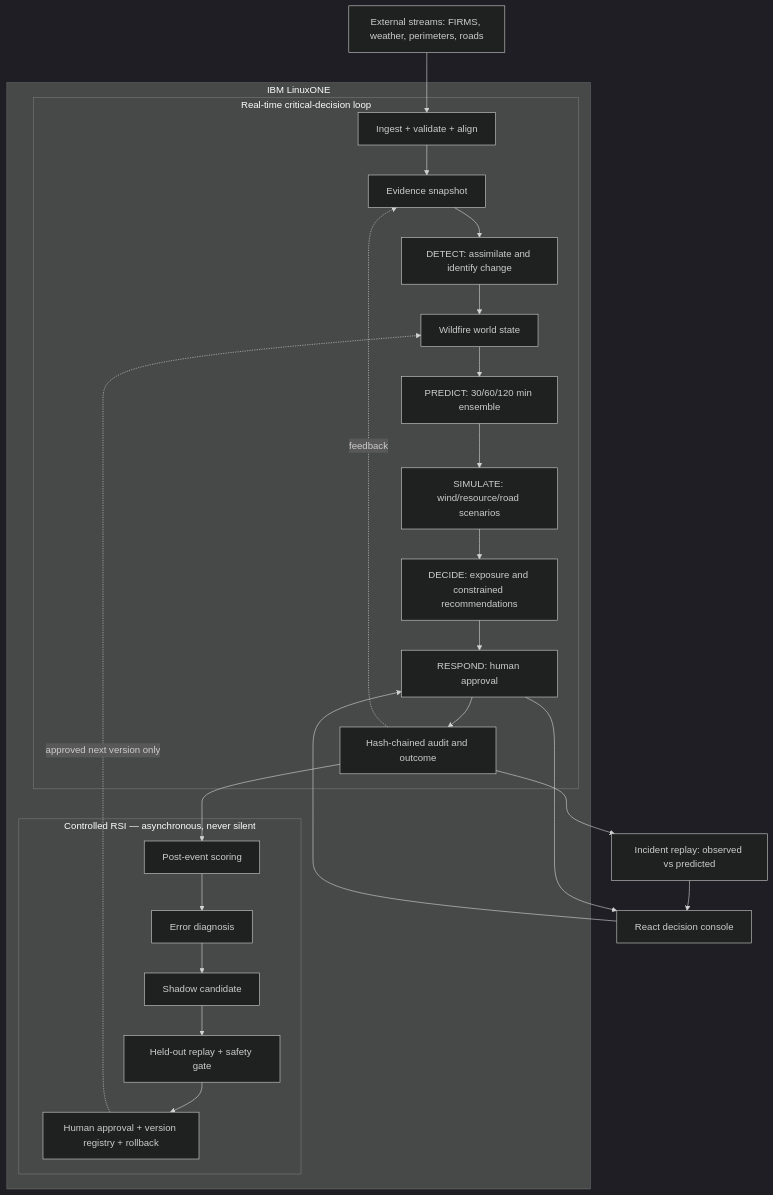
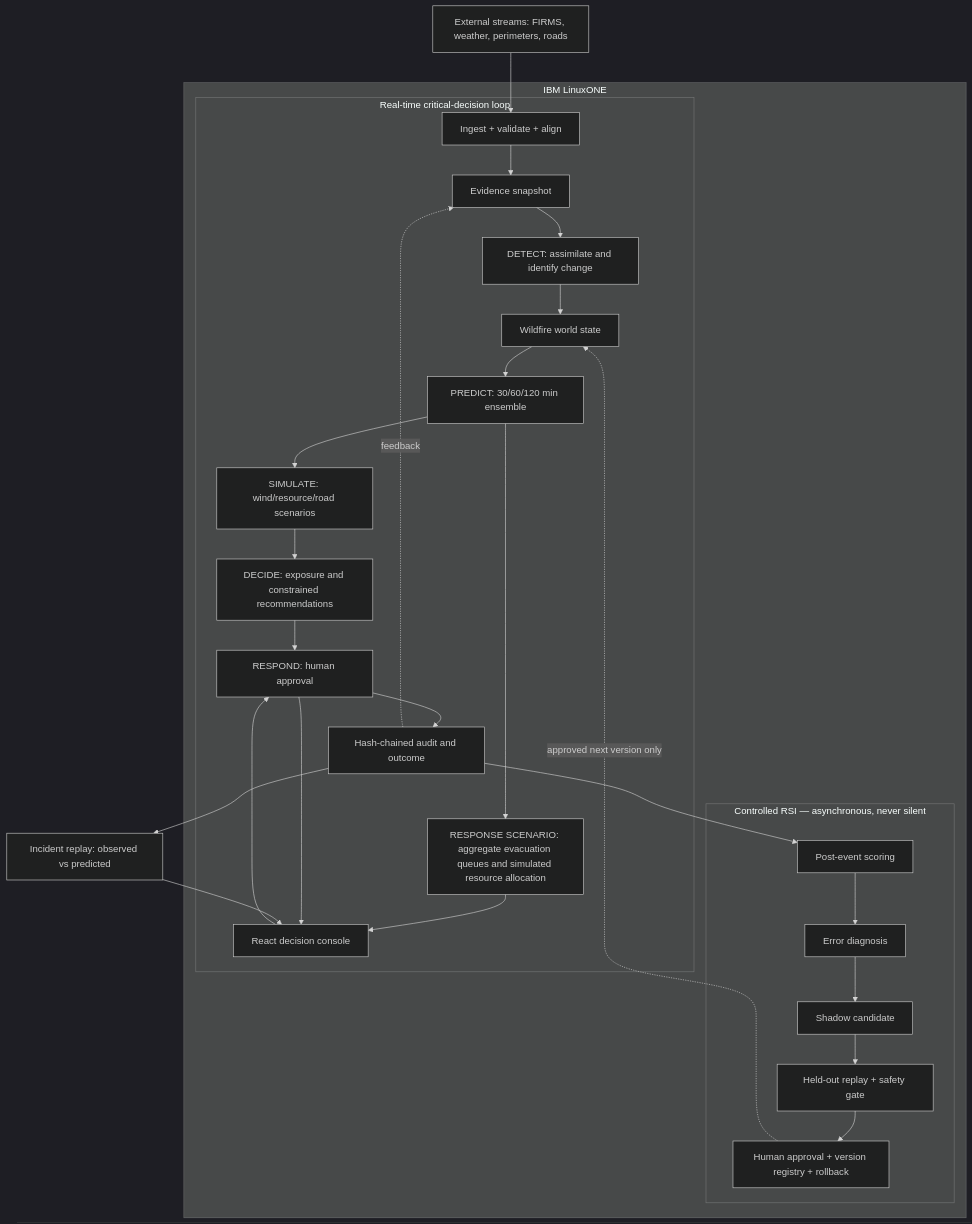
The diagram in docs/ARCHITECTURE.md (TenetJustin/CityShield), drawn with Mermaid (dark theme) before and after one commit. The commit also changed other lines of this file and 16 other files, not shown here.

Commit message:
Add Paradise evacuation and response scenarios

````diff
--- a/docs/ARCHITECTURE.md
+++ b/docs/ARCHITECTURE.md
@@ -5,33 +5,35 @@
 ```mermaid
 flowchart TB
   S[External streams: FIRMS, weather, perimeters, roads] --> I
 
   subgraph L[IBM LinuxONE]
     subgraph RT[Real-time critical-decision loop]
       I[Ingest + validate + align] --> O[Evidence snapshot]
       O --> D[DETECT: assimilate and identify change]
       D --> W[Wildfire world state]
       W --> P[PREDICT: 30/60/120 min ensemble]
       P --> X[SIMULATE: wind/resource/road scenarios]
+      P --> Q[RESPONSE SCENARIO: aggregate evacuation queues and simulated resource allocation]
       X --> C[DECIDE: exposure and constrained recommendations]
+      Q --> UI
       C --> H[RESPOND: human approval]
       H --> A[Hash-chained audit and outcome]
       A -. feedback .-> O
     end
 
     subgraph RSI[Controlled RSI — asynchronous, never silent]
       E[Post-event scoring] --> G[Error diagnosis]
       G --> K[Shadow candidate]
       K --> B[Held-out replay + safety gate]
       B --> V[Human approval + version registry + rollback]
     end
 
     A --> E
     V -. approved next version only .-> W
   end
 
   H --> UI[React decision console]
   UI --> H
   A --> R[Incident replay: observed vs predicted]
   R --> UI
 ```
````
